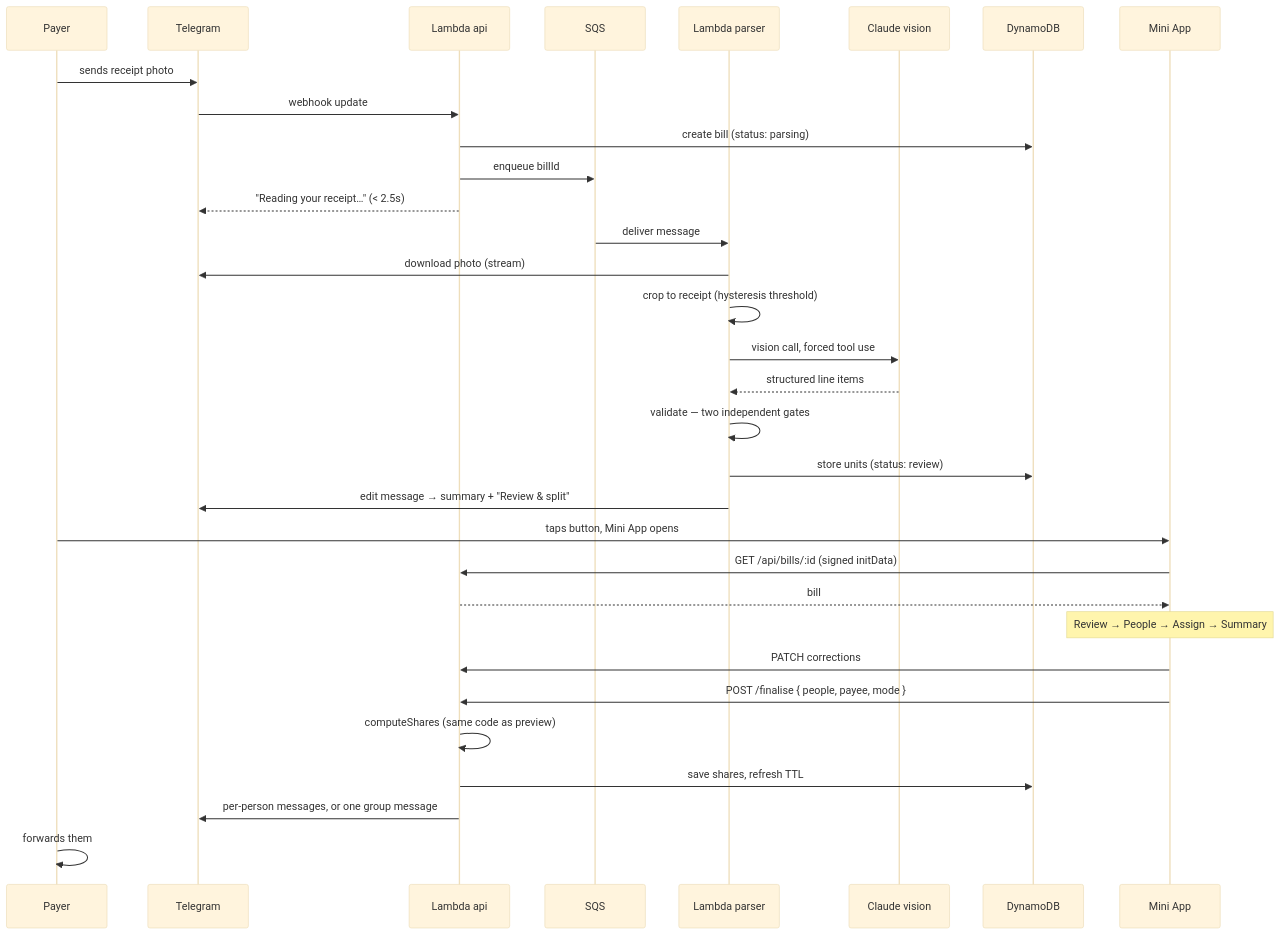
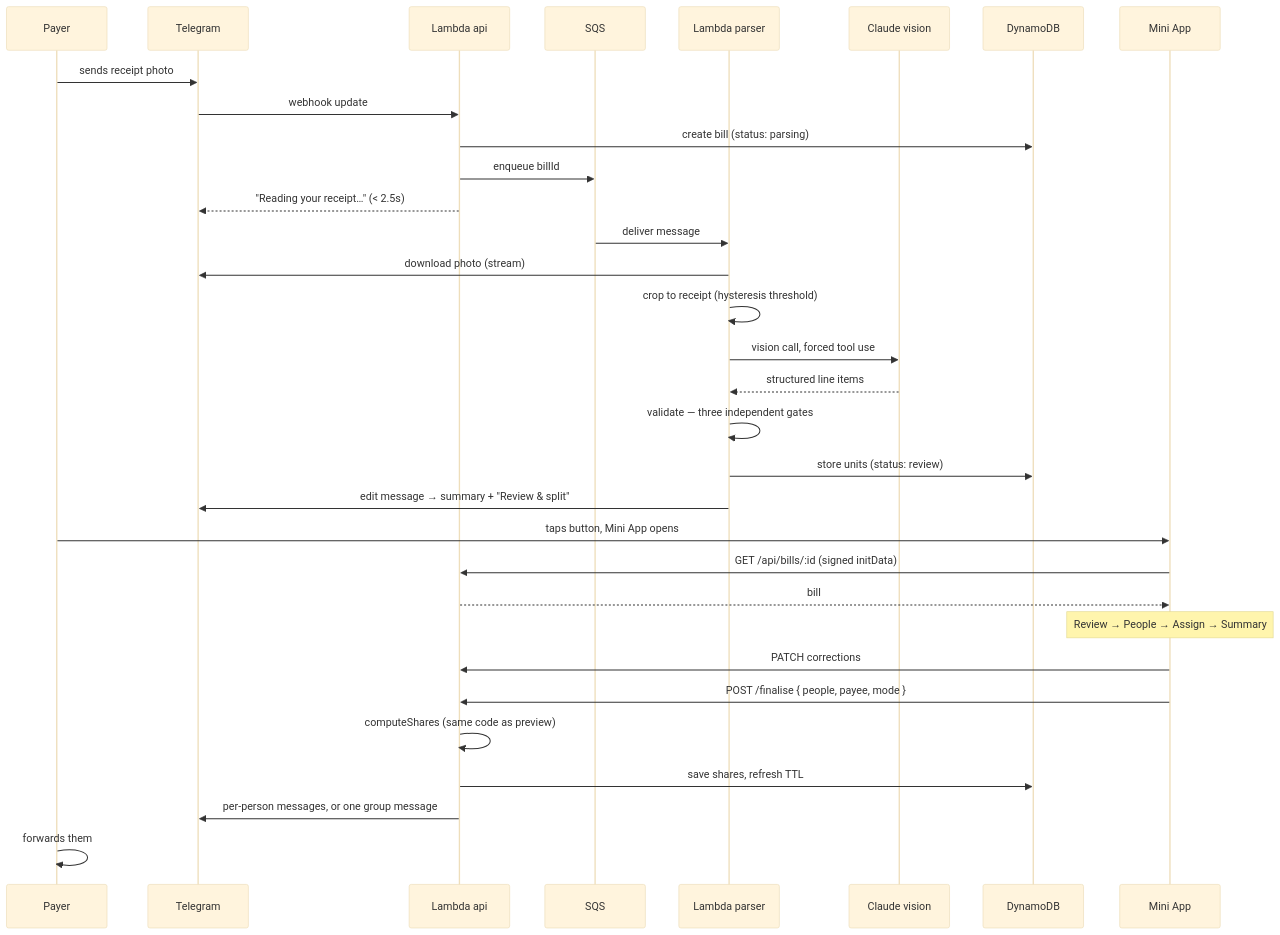
The third of 4 diagrams in DESIGN.md (anyhowwws/AnySplit), drawn with Mermaid (base theme) before and after one commit. The commit also changed other lines of this file and 11 other files, not shown here.

````diff
--- a/DESIGN.md
+++ b/DESIGN.md
@@ -243,37 +243,37 @@
 ```mermaid
 sequenceDiagram
     participant U as Payer
     participant TG as Telegram
     participant API as Lambda api
     participant Q as SQS
     participant P as Lambda parser
     participant C as Claude vision
     participant DB as DynamoDB
     participant MA as Mini App
 
     U->>TG: sends receipt photo
     TG->>API: webhook update
     API->>DB: create bill (status: parsing)
     API->>Q: enqueue billId
     API-->>TG: "Reading your receipt…" (< 2.5s)
 
     Q->>P: deliver message
     P->>TG: download photo (stream)
     P->>P: crop to receipt (hysteresis threshold)
     P->>C: vision call, forced tool use
     C-->>P: structured line items
-    P->>P: validate — two independent gates
+    P->>P: validate — three independent gates
     P->>DB: store units (status: review)
     P->>TG: edit message → summary + "Review & split"
 
     U->>MA: taps button, Mini App opens
     MA->>API: GET /api/bills/:id (signed initData)
     API-->>MA: bill
     Note over MA: Review → People → Assign → Summary
     MA->>API: PATCH corrections
     MA->>API: POST /finalise { people, payee, mode }
     API->>API: computeShares (same code as preview)
     API->>DB: save shares, refresh TTL
     API->>TG: per-person messages, or one group message
     U->>U: forwards them
 ```
````
